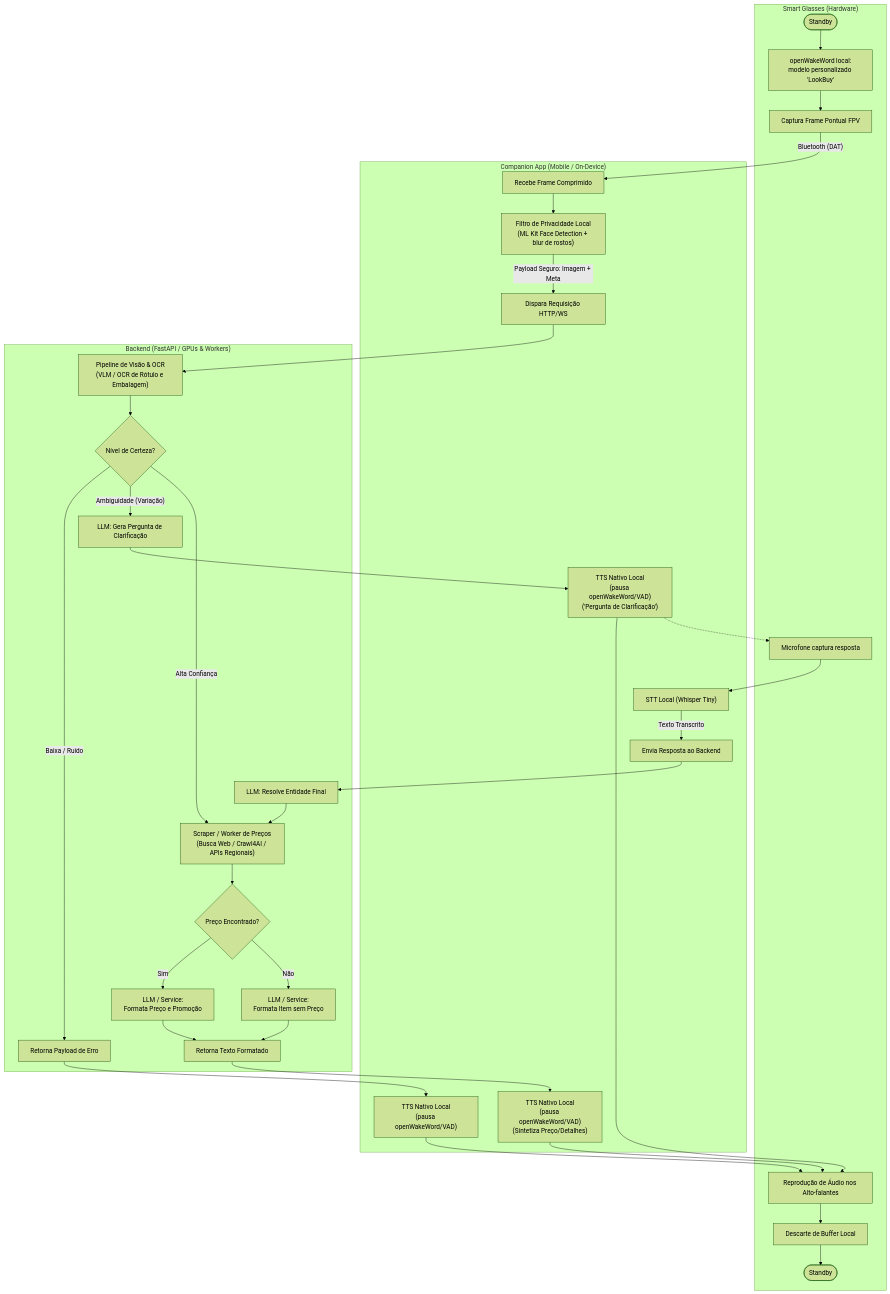
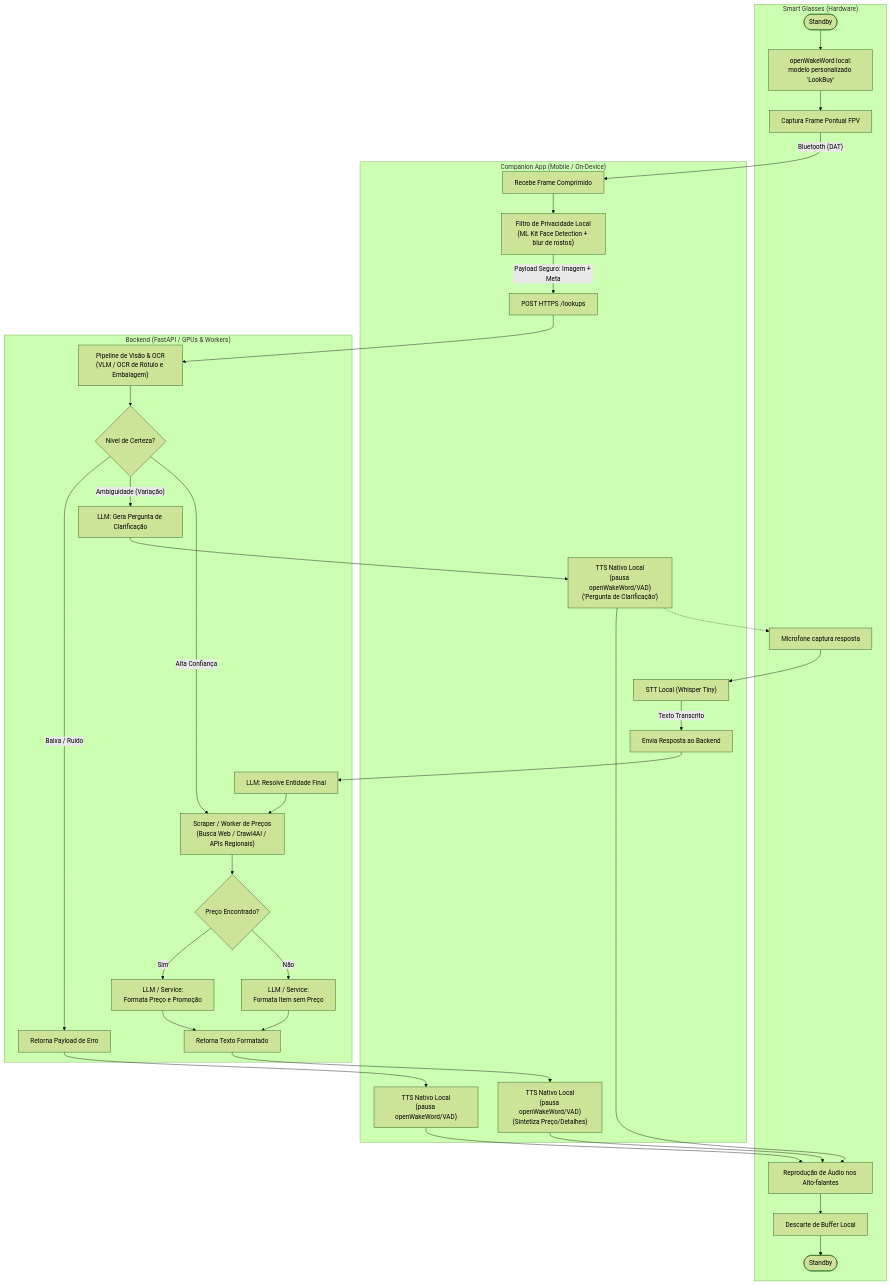
The diagram in mobile/docs/LookBuy_Arquitetura.md (Guifranso/hackaton-meta-lookbuy), drawn with Mermaid (forest theme) before and after one commit. The commit also changed other lines of this file and 5 other files, not shown here.

````diff
--- a/mobile/docs/LookBuy_Arquitetura.md
+++ b/mobile/docs/LookBuy_Arquitetura.md
@@ -7,67 +7,67 @@
 ```mermaid
 flowchart TB
  subgraph Glasses["Smart Glasses (Hardware)"]
         VoiceTrigger@{ label: "openWakeWord local:\nmodelo personalizado 'LookBuy'" }
         Start(["Standby"])
         CaptureFrame["Captura Frame Pontual FPV"]
         MicCapture["Microfone captura resposta"]
 
         DiscardLocalMem["Descarte de Buffer Local"]
         PlayAudioOut["Reprodução de Áudio nos Alto-falantes"]
         EndState(["Standby"])
   end
  subgraph CompanionApp["Companion App (Mobile / On-Device)"]
         OffloadToApp["Recebe Frame Comprimido"]
         PrivacyFilter["Filtro de Privacidade Local\n(ML Kit Face Detection + blur de rostos)"]
-        SendToBackend["Dispara Requisição HTTP/WS"]
+        SendToBackend["POST HTTPS /lookups"]
         LocalTTS_Fail@{ label: "TTS Nativo Local\n(pausa openWakeWord/VAD)" }
         LocalTTS_Ask@{ label: "TTS Nativo Local\n(pausa openWakeWord/VAD)\n('Pergunta de Clarificação')" }
         OnDeviceSTT["STT Local (Whisper Tiny)"]
         SendVoiceClarification["Envia Resposta ao Backend"]
         LocalTTS_Success["TTS Nativo Local\n(pausa openWakeWord/VAD)\n(Sintetiza Preço/Detalhes)"]
   end
  subgraph Backend["Backend (FastAPI / GPUs & Workers)"]
         VLMInference["Pipeline de Visão & OCR\n(VLM / OCR de Rótulo e Embalagem)"]
         CheckConfidence{"Nível de Certeza?"}
         RespFail["Retorna Payload de Erro"]
         LLMClarification["LLM: Gera Pergunta de Clarificação"]
         LLMResolve["LLM: Resolve Entidade Final"]
         PriceScraper["Scraper / Worker de Preços\n(Busca Web / Crawl4AI / APIs Regionais)"]
         CheckAPI{"Preço Encontrado?"}
         FormatSuccess["LLM / Service:\nFormata Preço e Promoção"]
         FormatFallback["LLM / Service:\nFormata Item sem Preço"]
         SendSuccessPayload["Retorna Texto Formatado"]
   end
     Start --> VoiceTrigger
     VoiceTrigger --> CaptureFrame
     PlayAudioOut --> DiscardLocalMem
     DiscardLocalMem --> EndState
     CaptureFrame -- "Bluetooth (DAT)" --> OffloadToApp
     OffloadToApp --> PrivacyFilter
     PrivacyFilter -- Payload Seguro: Imagem + Meta --> SendToBackend
     LocalTTS_Fail --> PlayAudioOut
     LocalTTS_Ask --> PlayAudioOut
     MicCapture --> OnDeviceSTT
     OnDeviceSTT -- Texto Transcrito --> SendVoiceClarification
     LocalTTS_Success --> PlayAudioOut
     SendToBackend --> VLMInference
     VLMInference --> CheckConfidence
     CheckConfidence -- Baixa / Ruído --> RespFail
     RespFail --> LocalTTS_Fail
     CheckConfidence -- Ambiguidade (Variação) --> LLMClarification
     LLMClarification --> LocalTTS_Ask
     LocalTTS_Ask -.-> MicCapture
     SendVoiceClarification --> LLMResolve
     LLMResolve --> PriceScraper
     CheckConfidence -- Alta Confiança --> PriceScraper
     PriceScraper --> CheckAPI
     CheckAPI -- Sim --> FormatSuccess
     CheckAPI -- Não --> FormatFallback
     FormatSuccess --> SendSuccessPayload
     FormatFallback --> SendSuccessPayload
     SendSuccessPayload --> LocalTTS_Success
 
     VoiceTrigger@{ shape: rect}
     LocalTTS_Fail@{ shape: rect}
     LocalTTS_Ask@{ shape: rect}
 ```
````
